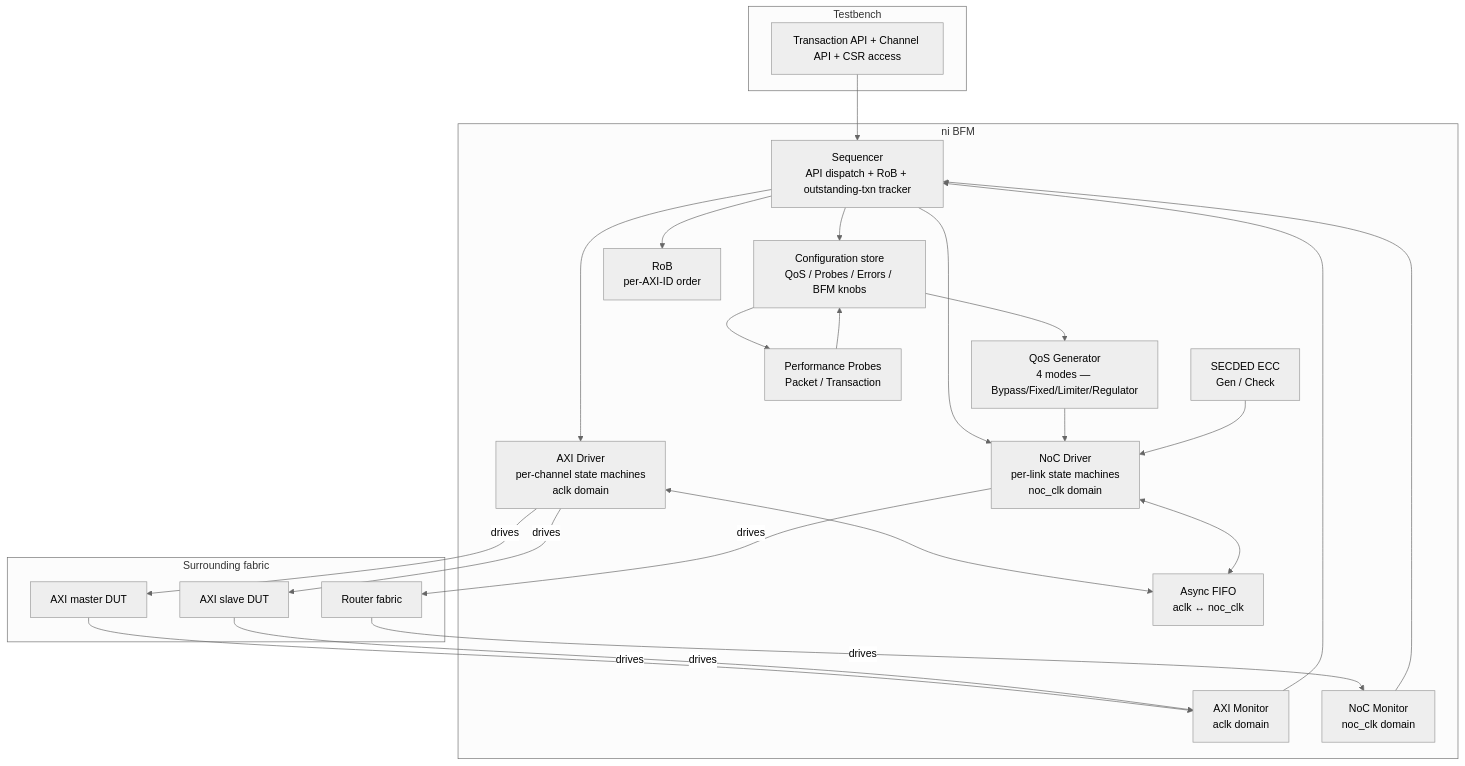
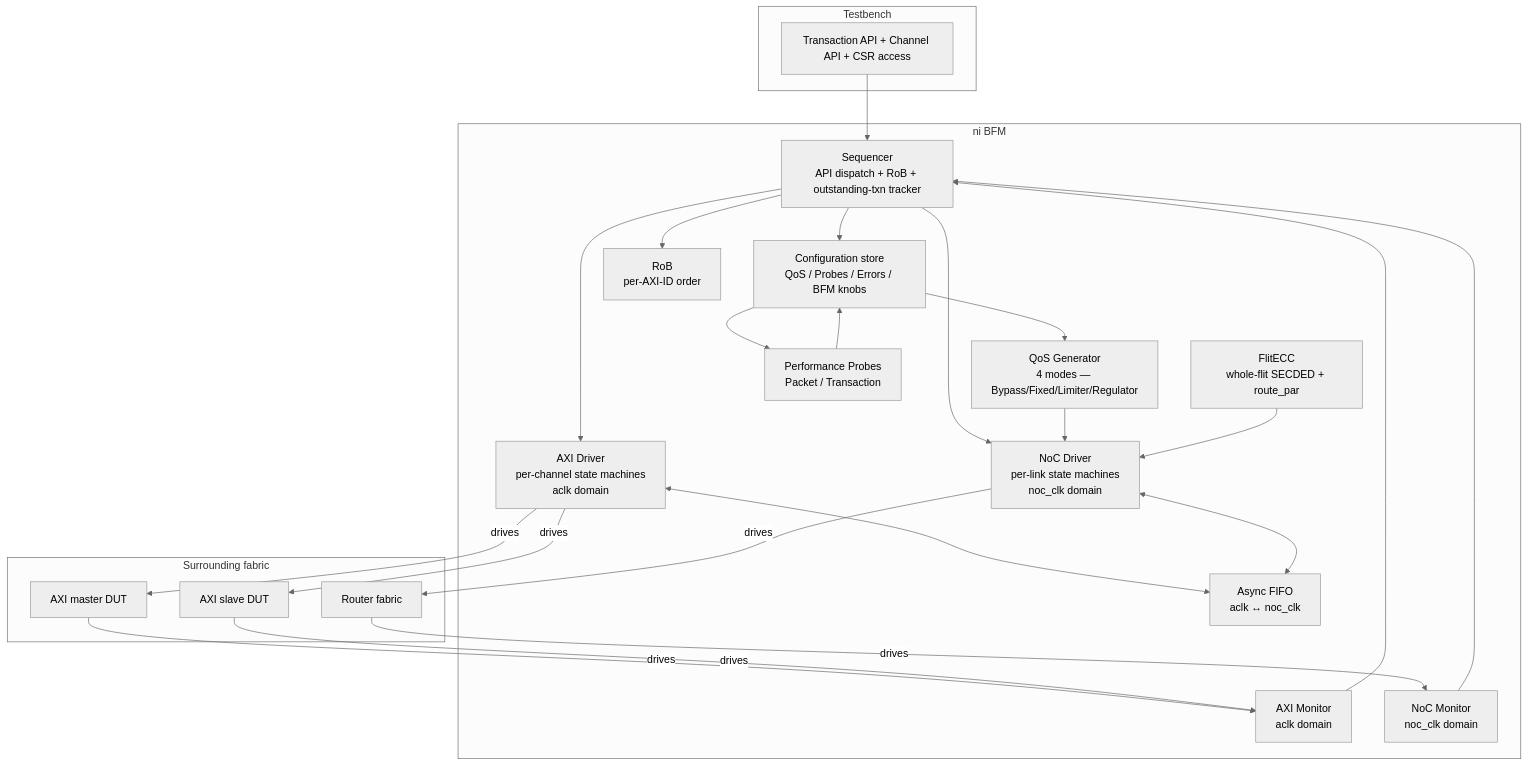
One commit to changlukas/noc-sim changed the first of 2 diagrams in spec/ni/doc/theory_of_operation.md. Above: the diagram before and after it, drawn with Mermaid (neutral theme). The commit also changed other lines of this file and 10 other files, not shown here.

````diff
--- a/spec/ni/doc/theory_of_operation.md
+++ b/spec/ni/doc/theory_of_operation.md
@@ -5,44 +5,44 @@
 ```mermaid
 flowchart TB
     subgraph TB[Testbench]
         TBAPI[Transaction API + Channel API + CSR access]
     end
     subgraph BFM[ni BFM]
         SEQ[Sequencer<br>API dispatch + RoB + outstanding-txn tracker]
         DRV_AXI[AXI Driver<br>per-channel state machines<br>aclk domain]
         DRV_NOC[NoC Driver<br>per-link state machines<br>noc_clk domain]
         MON_AXI[AXI Monitor<br>aclk domain]
         MON_NOC[NoC Monitor<br>noc_clk domain]
         CDC[Async FIFO<br>aclk ↔ noc_clk]
         CFG[Configuration store<br>QoS / Probes / Errors / BFM knobs]
         QOSGEN[QoS Generator<br>4 modes — Bypass/Fixed/Limiter/Regulator]
         PROBE[Performance Probes<br>Packet / Transaction]
-        ECC[SECDED ECC<br>Gen / Check]
+        ECC[FlitECC<br>whole-flit SECDED + route_par]
         ROB[RoB<br>per-AXI-ID order]
     end
     subgraph DUT[Surrounding fabric]
         AXIMST[AXI master DUT]
         AXISLV[AXI slave DUT]
         ROUTER[Router fabric]
     end
     TBAPI --> SEQ
     SEQ --> DRV_AXI
     SEQ --> DRV_NOC
     SEQ --> CFG
     SEQ --> ROB
     CFG --> QOSGEN
     CFG --> PROBE
     DRV_AXI <--> CDC
     DRV_NOC <--> CDC
     QOSGEN --> DRV_NOC
     ECC --> DRV_NOC
     DRV_AXI -->|drives| AXIMST
     AXIMST -->|drives| MON_AXI
     DRV_AXI -->|drives| AXISLV
     AXISLV -->|drives| MON_AXI
     DRV_NOC -->|drives| ROUTER
     ROUTER -->|drives| MON_NOC
     MON_AXI --> SEQ
     MON_NOC --> SEQ
     PROBE --> CFG
 ```
````
